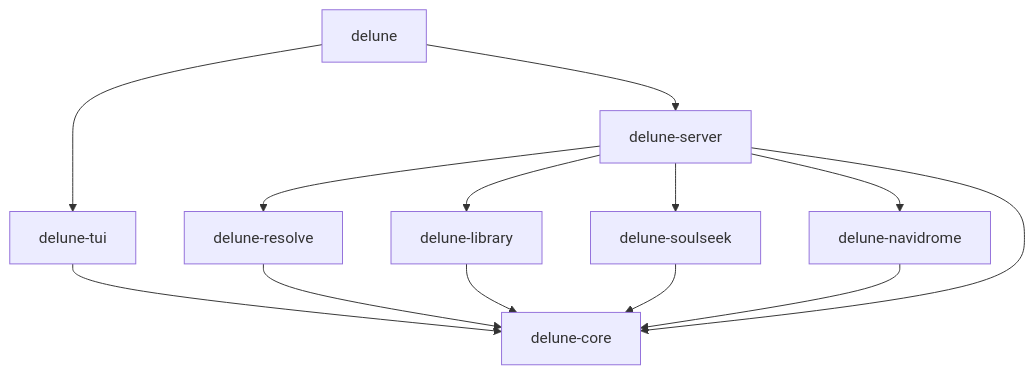
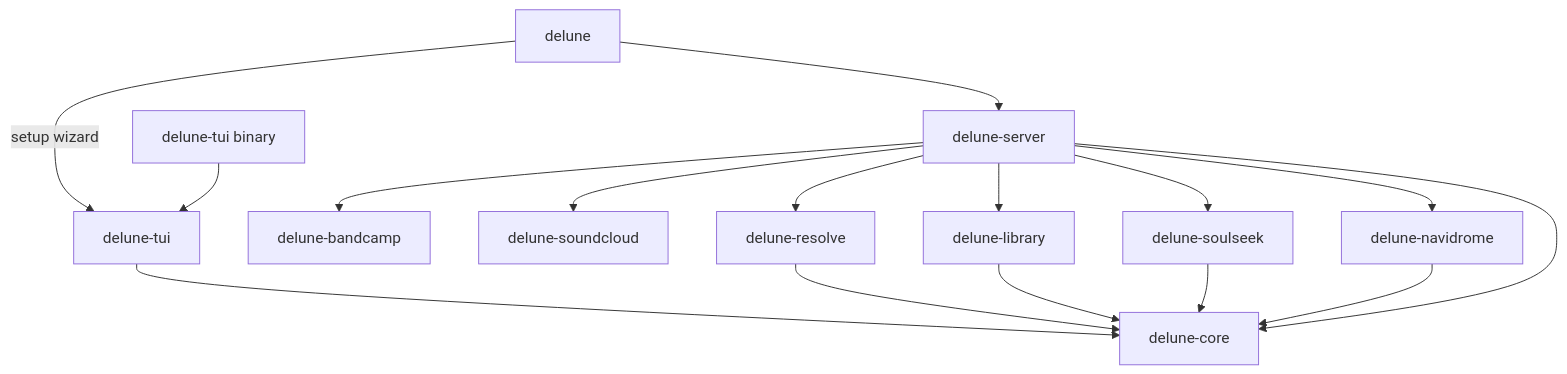
The second of 2 diagrams in docs/ARCHITECTURE.md (PndaMan/delune), drawn with Mermaid before and after one commit. The commit also changed other lines of this file and 17 other files, not shown here.

First line of the commit message:
feat: `delune setup`, an install script, and delune-tui as its own client

````diff
--- a/docs/ARCHITECTURE.md
+++ b/docs/ARCHITECTURE.md
@@ -43,15 +45,18 @@
 ```mermaid
 flowchart TB
     bin[delune] --> server[delune-server]
-    bin --> tui[delune-tui]
+    bin -- "setup wizard" --> tui[delune-tui]
+    client[delune-tui binary] --> tui
+    server --> bandcamp[delune-bandcamp]
+    server --> soundcloud[delune-soundcloud]
     server --> resolve[delune-resolve]
     server --> library[delune-library]
     server --> soulseek[delune-soulseek]
     server --> navidrome[delune-navidrome]
     tui --> core[delune-core]
     resolve --> core
     library --> core
     soulseek --> core
     navidrome --> core
     server --> core
 ```
````
